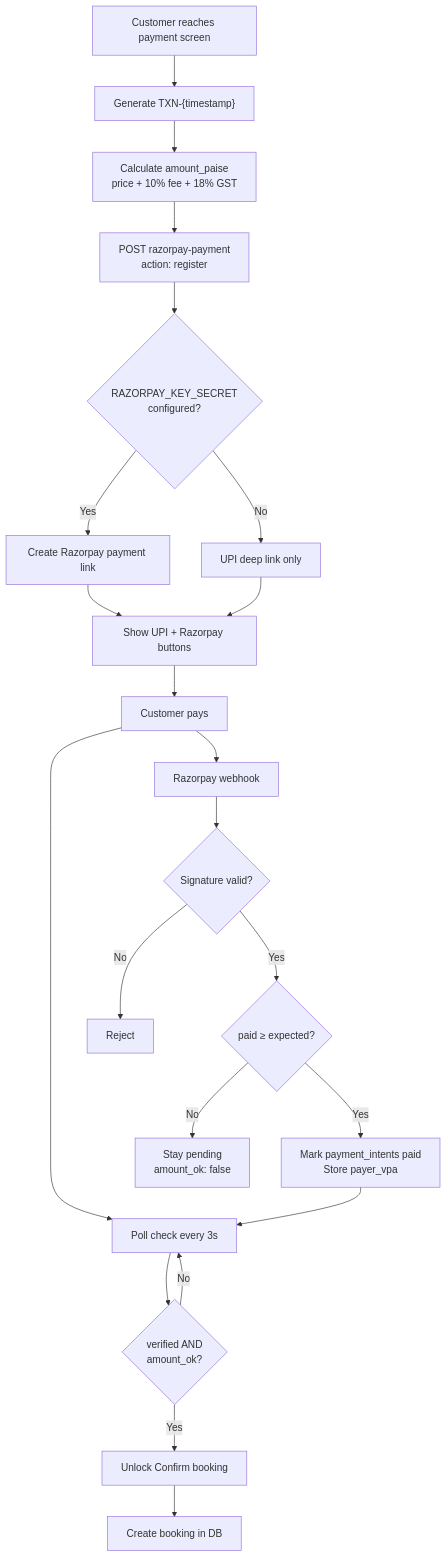
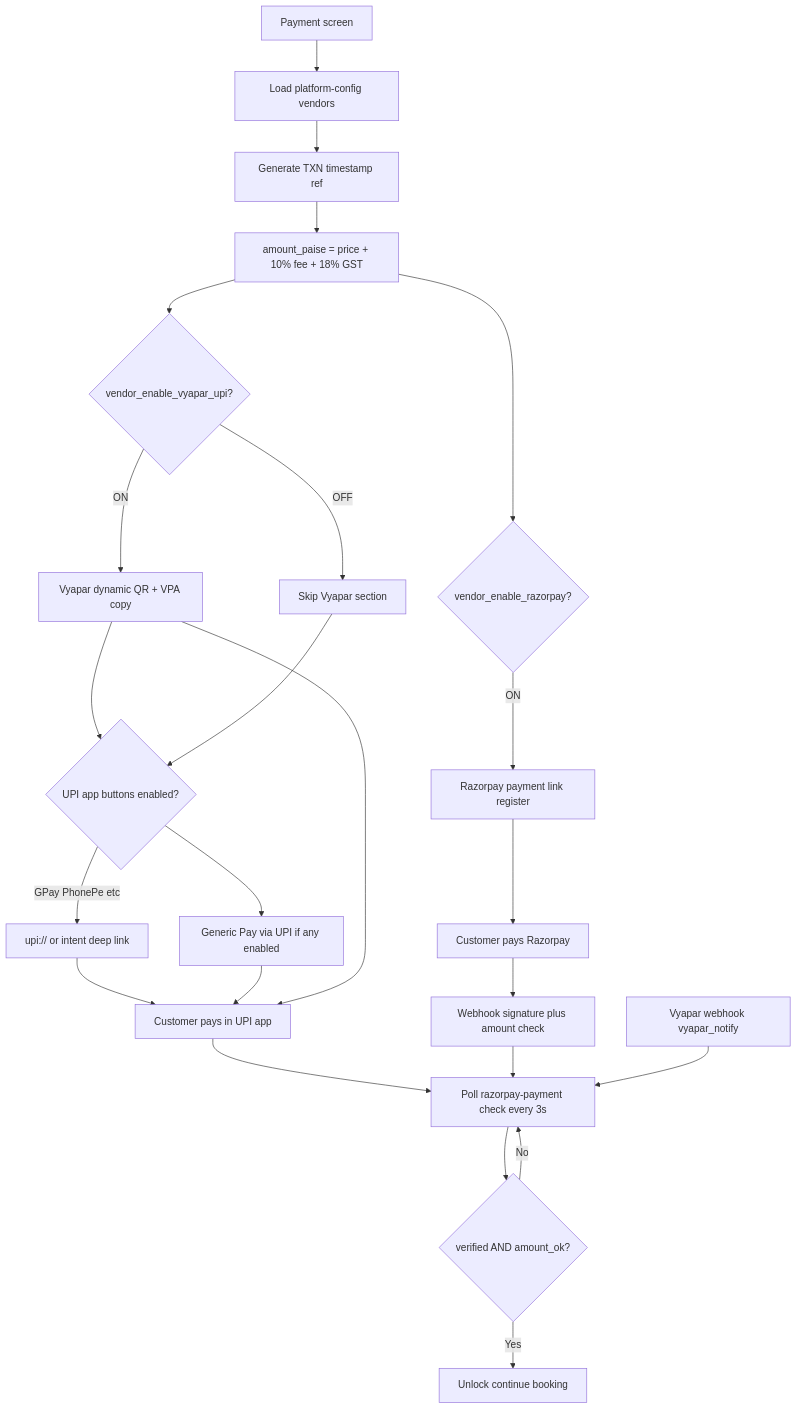
One commit to scanversecorp/scanverse changed the second of 7 diagrams in docs/APP-DATA-FLOW.md. Above: the diagram before and after it, drawn with Mermaid. The commit also changed other lines of this file and 14 other files, not shown here.

First line of the commit message:
Update architecture and data-flow diagrams for v5.5.3.

````diff
--- a/docs/APP-DATA-FLOW.md
+++ b/docs/APP-DATA-FLOW.md
@@ -54,24 +66,26 @@
 ```mermaid
 flowchart TD
-    A["Customer reaches payment screen"] --> B["Generate TXN-{timestamp}"]
-    B --> C["Calculate amount_paise<br/>price + 10% fee + 18% GST"]
-    C --> D["POST razorpay-payment<br/>action: register"]
-    D --> E{"RAZORPAY_KEY_SECRET<br/>configured?"}
-    E -->|Yes| F["Create Razorpay payment link"]
-    E -->|No| G["UPI deep link only"]
-    F --> H["Show UPI + Razorpay buttons"]
+    A["Payment screen"] --> B["Load platform-config vendors"]
+    B --> C["Generate TXN timestamp ref"]
+    C --> D["amount_paise = price + 10% fee + 18% GST"]
+    D --> E{"vendor_enable_vyapar_upi?"}
+    E -->|ON| F["Vyapar dynamic QR + VPA copy"]
+    E -->|OFF| G["Skip Vyapar section"]
+    F --> H{"UPI app buttons enabled?"}
     G --> H
-    H --> I["Customer pays"]
-    I --> J["Poll check every 3s"]
-    J --> K{"verified AND<br/>amount_ok?"}
-    K -->|No| J
-    K -->|Yes| L["Unlock Confirm booking"]
-    I --> M["Razorpay webhook"]
-    M --> N{"Signature valid?"}
-    N -->|No| O["Reject"]
-    N -->|Yes| P{"paid ≥ expected?"}
-    P -->|No| Q["Stay pending<br/>amount_ok: false"]
-    P -->|Yes| R["Mark payment_intents paid<br/>Store payer_vpa"]
-    R --> J
-    L --> S["Create booking in DB"]
+    H -->|GPay PhonePe etc| I["upi:// or intent deep link"]
+    H --> I2["Generic Pay via UPI if any enabled"]
+    I --> J["Customer pays in UPI app"]
+    I2 --> J
+    F --> J
+    J --> K["Poll razorpay-payment check every 3s"]
+    K --> L{"verified AND amount_ok?"}
+    L -->|No| K
+    L -->|Yes| M["Unlock continue booking"]
+    D --> N{"vendor_enable_razorpay?"}
+    N -->|ON| O["Razorpay payment link register"]
+    O --> P["Customer pays Razorpay"]
+    P --> Q["Webhook signature plus amount check"]
+    Q --> K
+    VyaparWH["Vyapar webhook vyapar_notify"] --> K
 ```
````
